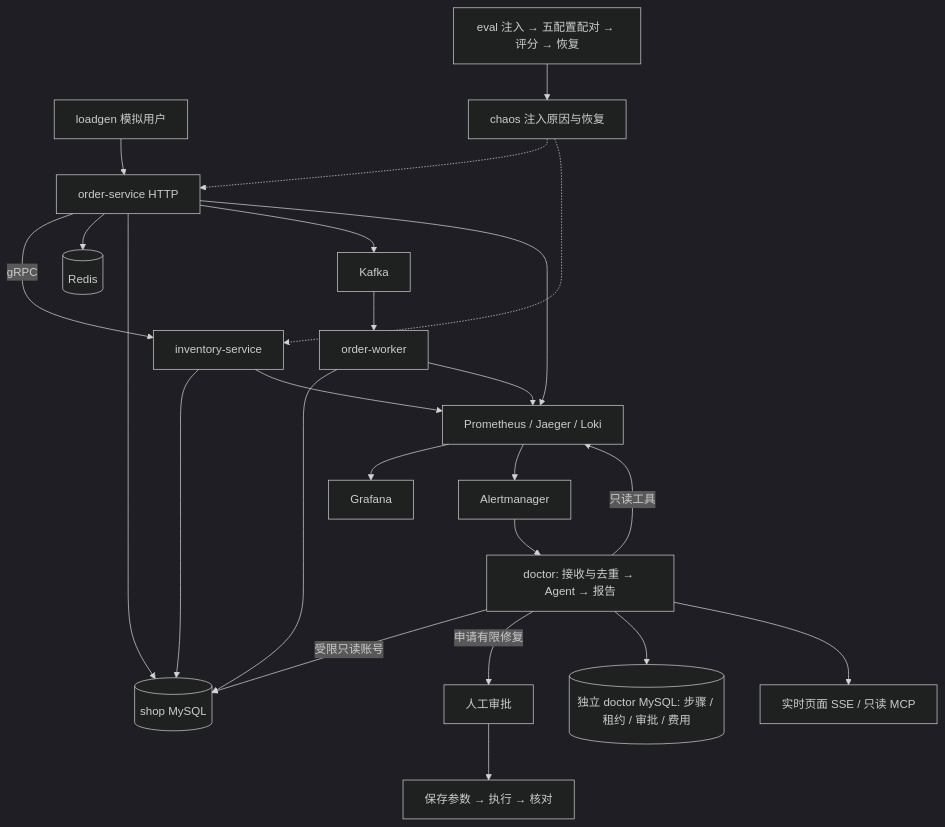
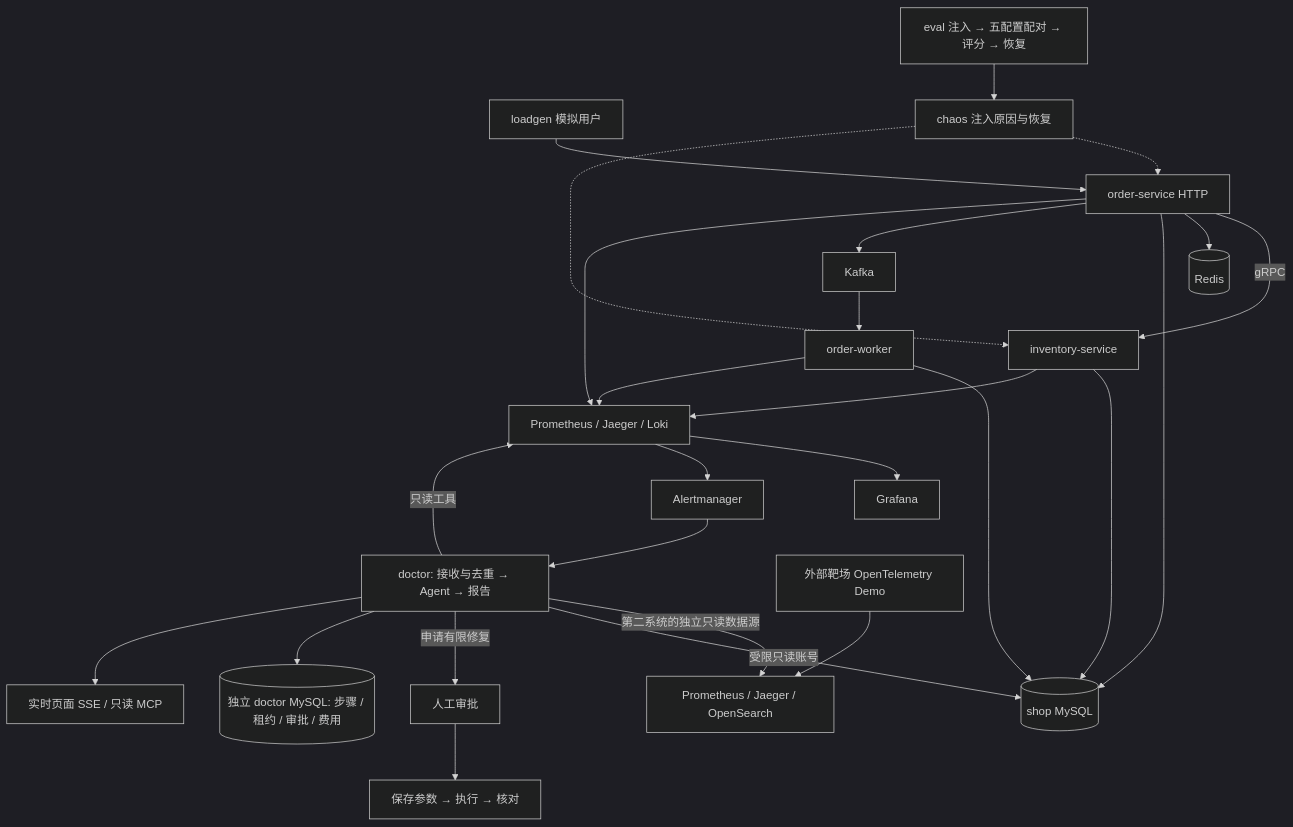
Before and after one commit to Li-Nepenthe/opsdoctor: the diagram in README.md, drawn with Mermaid (dark theme). The commit also changed other lines of this file and 118 other files, not shown here.

````diff
--- a/README.md
+++ b/README.md
@@ -13,24 +13,26 @@
 ```mermaid
 flowchart TD
     L[loadgen 模拟用户] --> O[order-service HTTP]
     O -->|gRPC| I[inventory-service]
     O --> R[(Redis)]
     O --> M[(shop MySQL)]
     I --> M
     O --> K[Kafka]
     K --> W[order-worker]
     W --> M
     O & I & W --> V[Prometheus / Jaeger / Loki]
     V --> G[Grafana]
     V --> A[Alertmanager]
     A --> D[doctor: 接收与去重 → Agent → 报告]
     D -->|只读工具| V
+    OT[外部靶场 OpenTelemetry Demo] --> OV[Prometheus / Jaeger / OpenSearch]
+    D -->|第二系统的独立只读数据源| OV
     D -->|受限只读账号| M
     D -->|申请有限修复| H[人工审批]
     H --> X[保存参数 → 执行 → 核对]
     D --> B[(独立 doctor MySQL: 步骤 / 租约 / 审批 / 费用)]
     D --> UI[实时页面 SSE / 只读 MCP]
     C[chaos 注入原因与恢复] -.-> O
     C -.-> I
     E[eval 注入 → 五配置配对 → 评分 → 恢复] --> C
 ```
````
